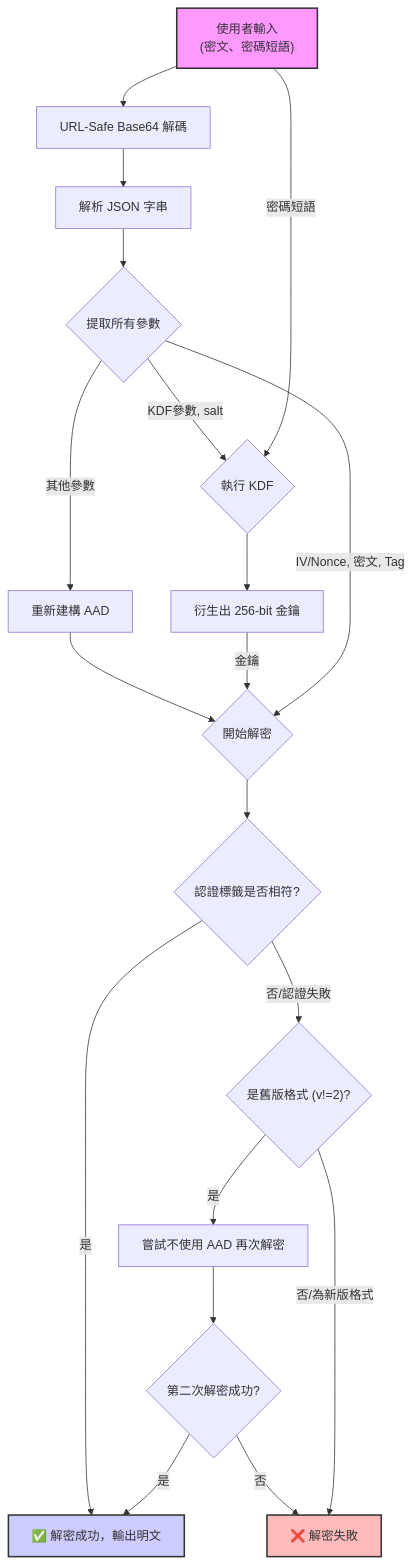
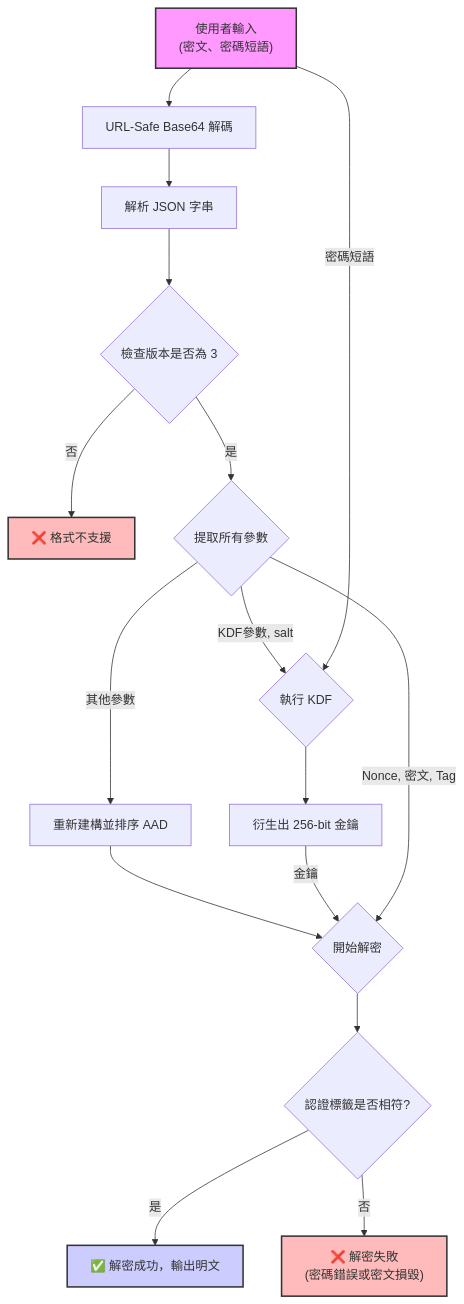
The second of 2 diagrams in cipher/encipher.md (zanta0529/public), drawn with Mermaid before and after one commit. The commit also changed other lines of this file and 13 other files, not shown here.

Commit message:
Update encipher documentation to v3.0: Revise technical specifications, JSON structure, and processing flow for enhanced clarity and compatibility. Standardize AAD construction and emphasize version compatibility in decryption process.

````diff
--- a/cipher/encipher.md
+++ b/cipher/encipher.md
@@ -229,28 +196,27 @@
 ```mermaid
 graph TD
     A["使用者輸入<br>(密文、密碼短語)"] --> B["URL-Safe Base64 解碼"];
     B --> C["解析 JSON 字串"];
-    C --> D{"提取所有參數"};
-    D -- "KDF參數, salt" --> E{"執行 KDF"};
-    A -- "密碼短語" --> E;
-    E --> F["衍生出 256-bit 金鑰"];
+    C --> D{"檢查版本是否為 3"};
+    D -- "否" --> Z["❌ 格式不支援"];
+    D -- "是" --> E{提取所有參數};
+    
+    E -- "KDF參數, salt" --> F{"執行 KDF"};
+    A -- "密碼短語" --> F;
+    F --> G["衍生出 256-bit 金鑰"];
 
-    D -- "其他參數" --> G["重新建構 AAD"];
-    G --> H{"開始解密"};
+    E -- "其他參數" --> H["重新建構並排序 AAD"];
+    H --> I{"開始解密"};
 
-    F -- 金鑰 --> H;
-    D -- "IV/Nonce, 密文, Tag" --> H;
+    G -- 金鑰 --> I;
+    E -- "Nonce, 密文, Tag" --> I;
 
-    H --> I{"認證標籤是否相符?"};
-    I -- "是" --> J["✅ 解密成功，輸出明文"];
-    I -- "否/認證失敗" --> K{"是舊版格式 (v!=2)?"};
-    K -- "是" --> L["嘗試不使用 AAD 再次解密"];
-    L --> M{"第二次解密成功?"};
-    M -- "是" --> J;
-    M -- "否" --> N["❌ 解密失敗"];
-    K -- "否/為新版格式" --> N;
+    I --> J{"認證標籤是否相符?"};
+    J -- "是" --> K["✅ 解密成功，輸出明文"];
+    J -- "否" --> L["❌ 解密失敗<br>(密碼錯誤或密文損毀)"];
 
     style A fill:#f9f,stroke:#333,stroke-width:2px
-    style J fill:#ccf,stroke:#333,stroke-width:2px
-    style N fill:#fbb,stroke:#333,stroke-width:2px
+    style K fill:#ccf,stroke:#333,stroke-width:2px
+    style L fill:#fbb,stroke:#333,stroke-width:2px
+    style Z fill:#fbb,stroke:#333,stroke-width:2px
 ```
````
